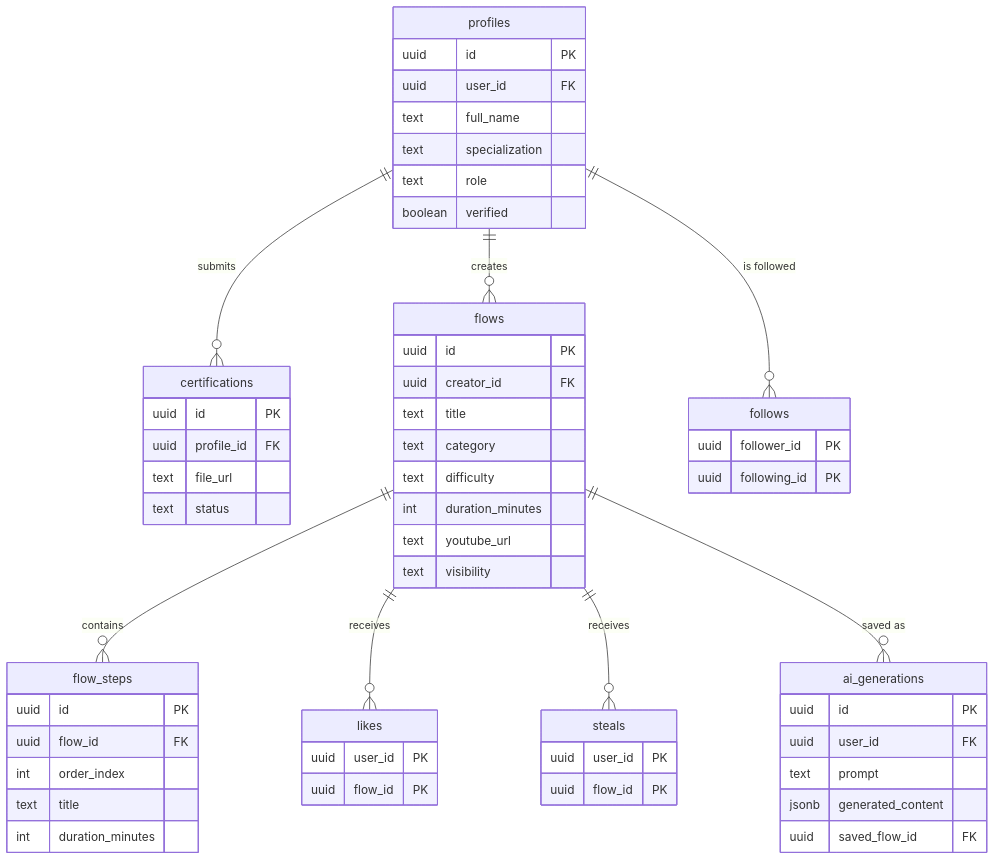
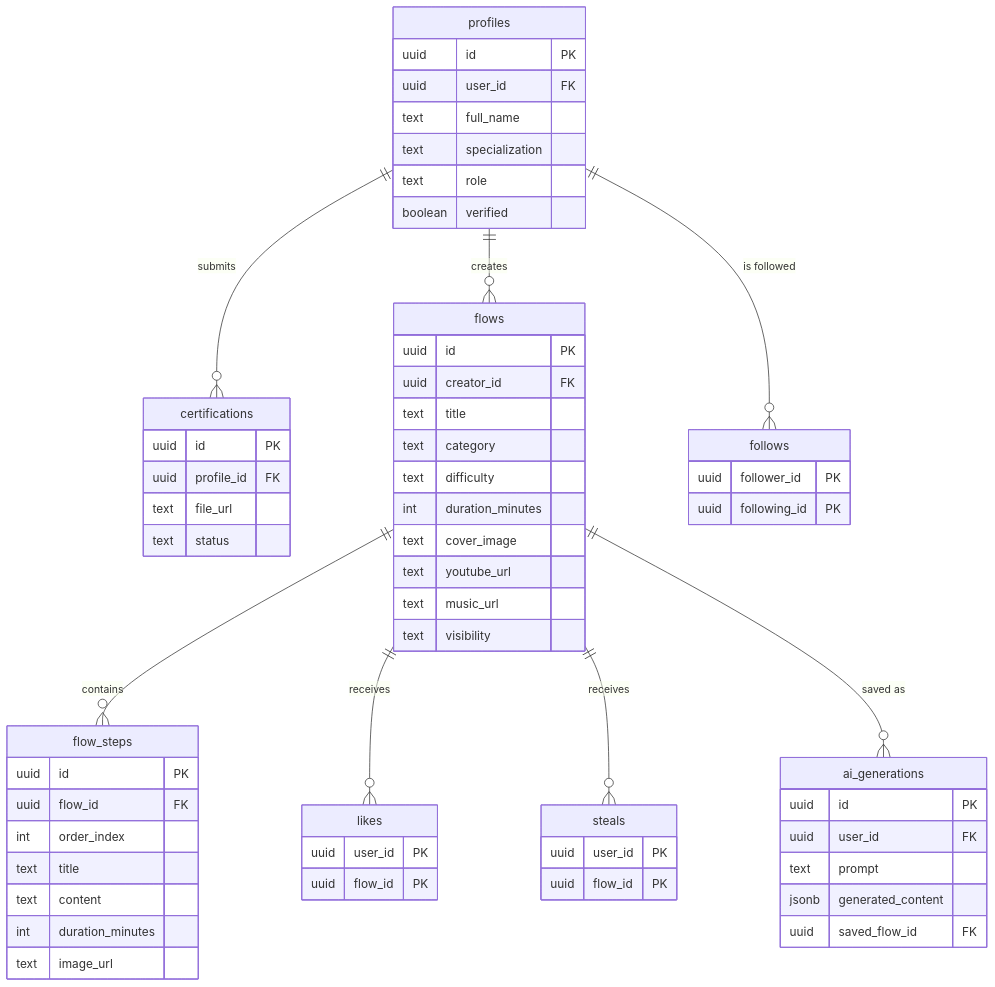
The diagram in README.md (Omeralyagon/spoyt-app), drawn with Mermaid before and after one commit. The commit also changed other lines of this file and 1 other file, not shown here.

First line of the commit message:
docs: make integrations table + ERD truthful (Gemini active, music/cover, image_url, music_url)

````diff
--- a/README.md
+++ b/README.md
@@ -92,61 +92,65 @@
 ```mermaid
 erDiagram
     profiles ||--o{ certifications : "submits"
     profiles ||--o{ flows : "creates"
     flows ||--o{ flow_steps : "contains"
     flows ||--o{ likes : "receives"
     flows ||--o{ steals : "receives"
     profiles ||--o{ follows : "is followed"
     flows ||--o{ ai_generations : "saved as"
 
     profiles {
         uuid id PK
         uuid user_id FK
         text full_name
         text specialization
         text role
         boolean verified
     }
     certifications {
         uuid id PK
         uuid profile_id FK
         text file_url
         text status
     }
     flows {
         uuid id PK
         uuid creator_id FK
         text title
         text category
         text difficulty
         int duration_minutes
+        text cover_image
         text youtube_url
+        text music_url
         text visibility
     }
     flow_steps {
         uuid id PK
         uuid flow_id FK
         int order_index
         text title
+        text content
         int duration_minutes
+        text image_url
     }
     likes {
         uuid user_id PK
         uuid flow_id PK
     }
     steals {
         uuid user_id PK
         uuid flow_id PK
     }
     follows {
         uuid follower_id PK
         uuid following_id PK
     }
     ai_generations {
         uuid id PK
         uuid user_id FK
         text prompt
         jsonb generated_content
         uuid saved_flow_id FK
     }
 ```
````
